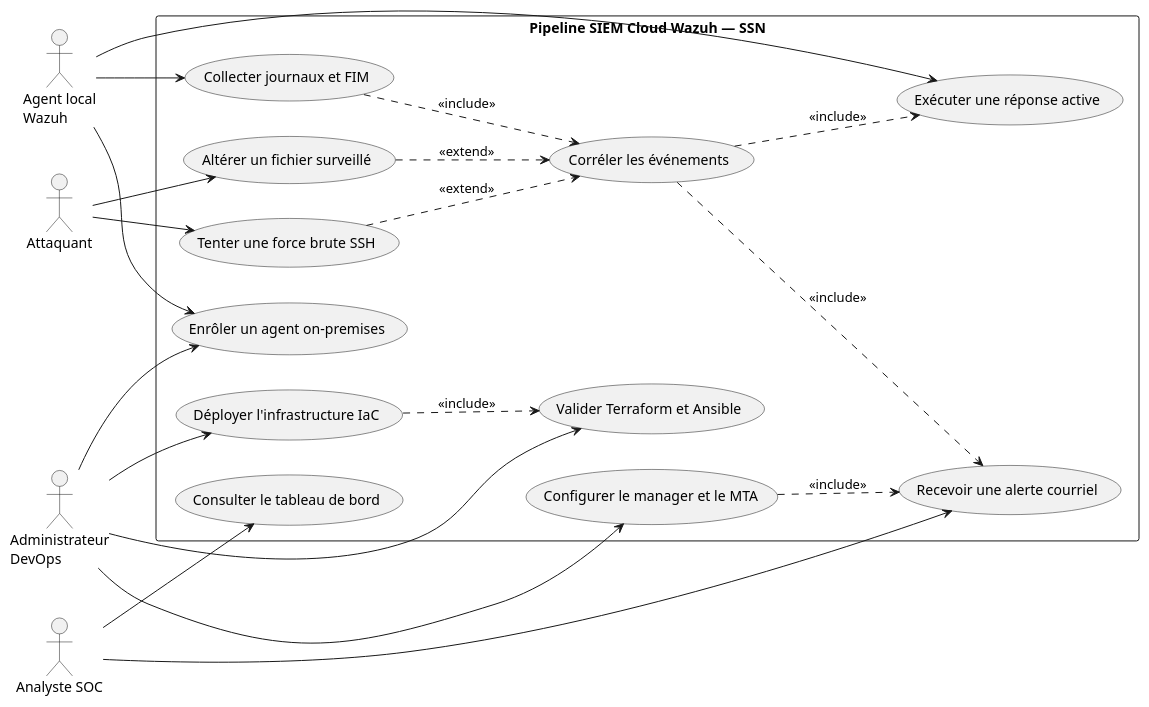
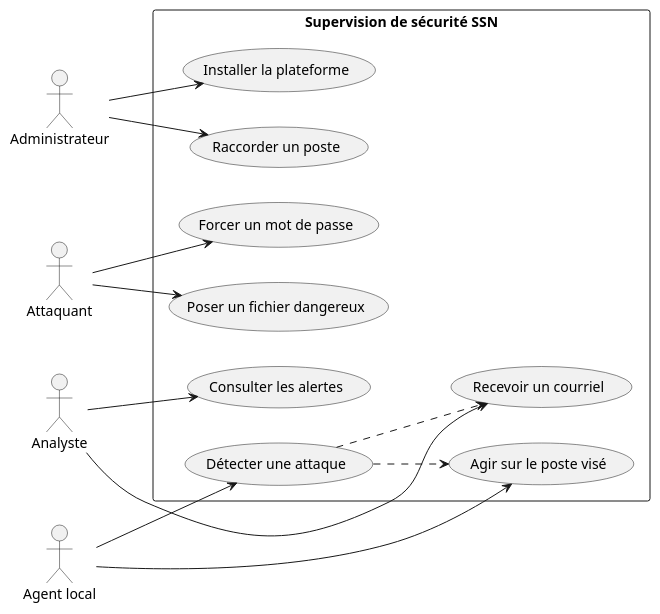
Before and after one commit to nklorenzo/wazuh-cloud-deployment-pipeline: the first of 3 diagrams in rapport/chapitre-3.md, drawn with PlantUML. The commit also changed other lines of this file, not shown here.

````diff
--- a/rapport/chapitre-3.md
+++ b/rapport/chapitre-3.md
@@ -128,46 +115,31 @@
 ```plantuml
 @startuml
 left to right direction
-skinparam packageStyle rectangle
+actor "Administrateur" as Admin
+actor "Analyste" as Analyste
+actor "Agent local" as Agent
+actor "Attaquant" as Attaquant
 
-actor "Administrateur\nDevOps" as DevOps
-actor "Analyste SOC" as SOC
-actor "Agent local\nWazuh" as Agent
-actor "Attaquant" as Attacker
-
-rectangle "Pipeline SIEM Cloud Wazuh — SSN" {
-  usecase "Déployer l'infrastructure IaC" as UC_Deploy
-  usecase "Valider Terraform et Ansible" as UC_Lint
-  usecase "Configurer le manager et le MTA" as UC_Cfg
-  usecase "Enrôler un agent on-premises" as UC_Enroll
-  usecase "Consulter le tableau de bord" as UC_Dash
-  usecase "Recevoir une alerte courriel" as UC_Mail
-  usecase "Corréler les événements" as UC_Corr
-  usecase "Exécuter une réponse active" as UC_AR
-  usecase "Collecter journaux et FIM" as UC_Col
-  usecase "Tenter une force brute SSH" as UC_BF
-  usecase "Altérer un fichier surveillé" as UC_FIM
+rectangle "Supervision de sécurité SSN" {
+  usecase "Installer la plateforme" as UC1
+  usecase "Raccorder un poste" as UC2
+  usecase "Consulter les alertes" as UC3
+  usecase "Recevoir un courriel" as UC4
+  usecase "Détecter une attaque" as UC5
+  usecase "Agir sur le poste visé" as UC6
+  usecase "Forcer un mot de passe" as UC7
+  usecase "Poser un fichier dangereux" as UC8
 }
 
-DevOps --> UC_Deploy
-DevOps --> UC_Lint
-DevOps --> UC_Cfg
-DevOps --> UC_Enroll
-SOC --> UC_Dash
-SOC --> UC_Mail
-Agent --> UC_Col
-Agent --> UC_AR
-Agent --> UC_Enroll
-Attacker --> UC_BF
-Attacker --> UC_FIM
-
-UC_Deploy ..> UC_Lint : <<include>>
-UC_Cfg ..> UC_Mail : <<include>>
-UC_BF ..> UC_Corr : <<extend>>
-UC_FIM ..> UC_Corr : <<extend>>
-UC_Corr ..> UC_AR : <<include>>
-UC_Corr ..> UC_Mail : <<include>>
-UC_Col ..> UC_Corr : <<include>>
-
+Admin --> UC1
+Admin --> UC2
+Analyste --> UC3
+Analyste --> UC4
+Agent --> UC5
+Agent --> UC6
+Attaquant --> UC7
+Attaquant --> UC8
+UC5 ..> UC6
+UC5 ..> UC4
 @enduml
 ```
````
